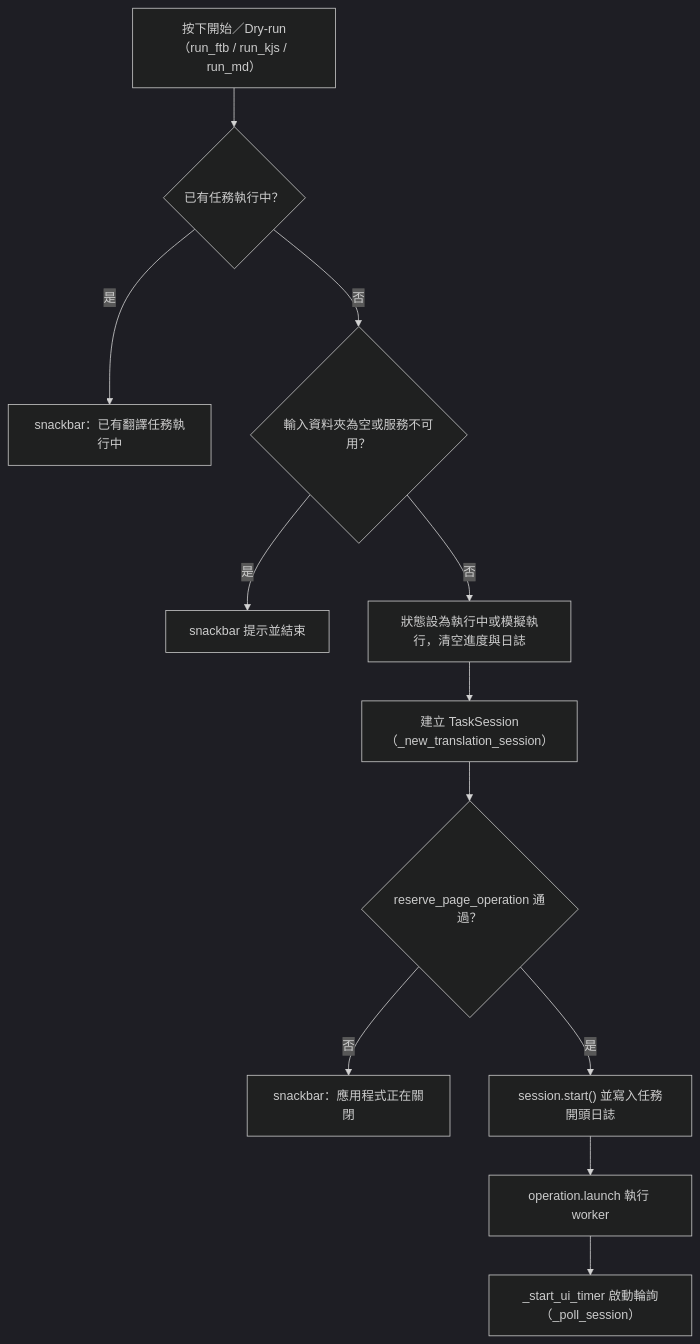
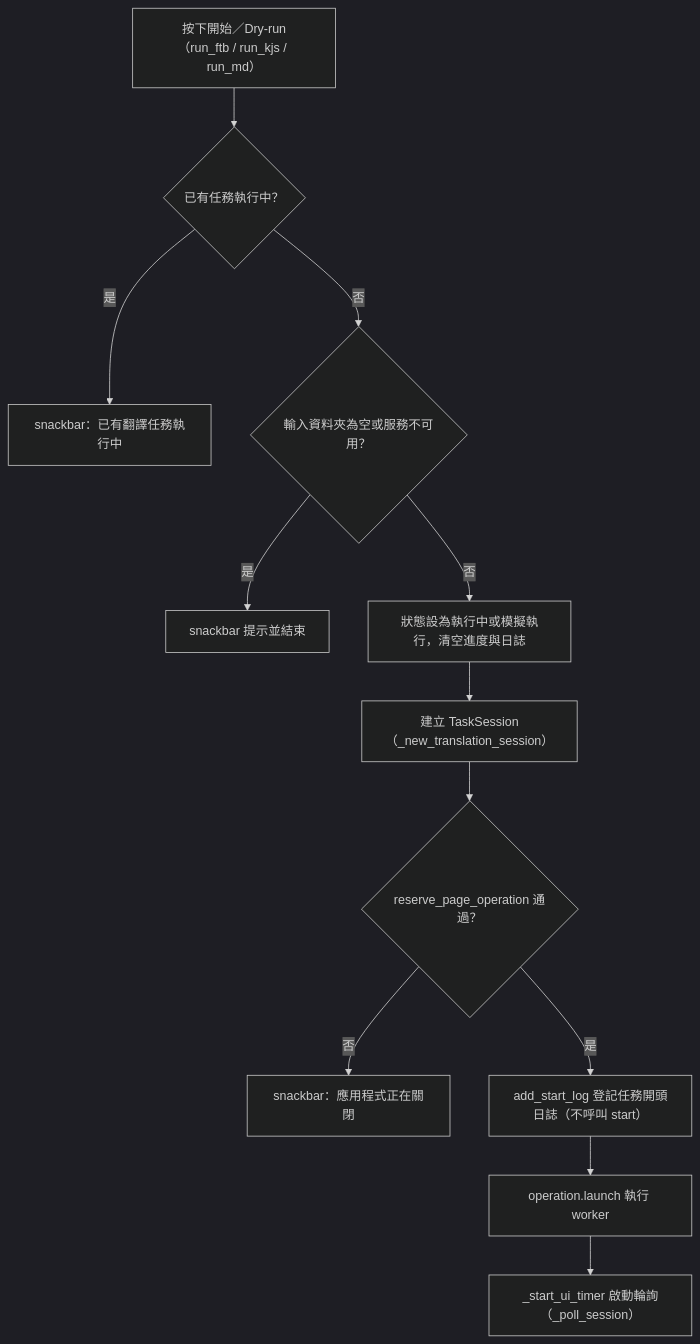
One commit to jlin53882/Minecraft-translate changed the first of 4 diagrams in docs/page_flows/translation.md. Above: the diagram before and after it, drawn with Mermaid (dark theme). The commit also changed other lines of this file and 167 other files, not shown here.

````diff
--- a/docs/page_flows/translation.md
+++ b/docs/page_flows/translation.md
@@ -20,14 +20,14 @@
 ```mermaid
 flowchart TD
   A["按下開始／Dry-run（run_ftb / run_kjs / run_md）"] --> B{"已有任務執行中？"}
   B -- 是 --> B1["snackbar：已有翻譯任務執行中"]
   B -- 否 --> C{"輸入資料夾為空或服務不可用？"}
   C -- 是 --> C1["snackbar 提示並結束"]
   C -- 否 --> D["狀態設為執行中或模擬執行，清空進度與日誌"]
   D --> E["建立 TaskSession（_new_translation_session）"]
   E --> F{"reserve_page_operation 通過？"}
   F -- 否 --> F1["snackbar：應用程式正在關閉"]
-  F -- 是 --> G["session.start() 並寫入任務開頭日誌"]
+  F -- 是 --> G["add_start_log 登記任務開頭日誌（不呼叫 start）"]
   G --> H["operation.launch 執行 worker"]
   H --> I["_start_ui_timer 啟動輪詢（_poll_session）"]
 ```
````
